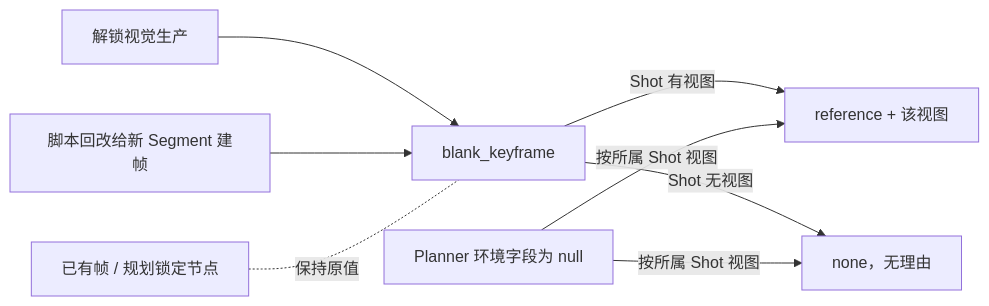
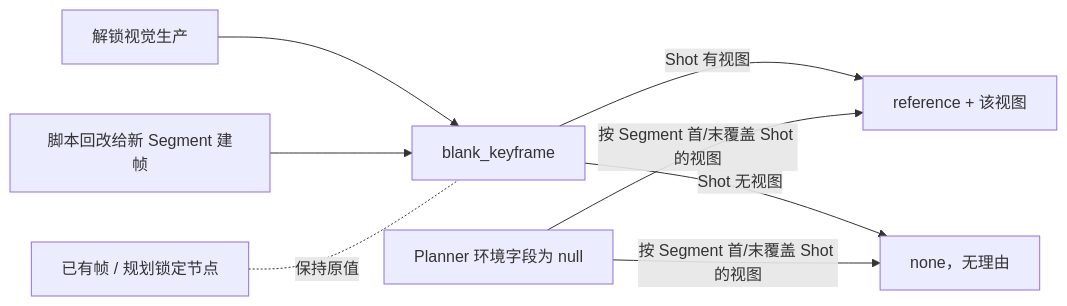
Before and after one commit to LJXLJXLJX/StoryRail: the third of 3 diagrams in core/structured_director/README.md, drawn with Mermaid. The commit also changed other lines of this file and 42 other files, not shown here.

````diff
--- a/core/structured_director/README.md
+++ b/core/structured_director/README.md
@@ -140,9 +138,9 @@
 ```mermaid
 flowchart LR
   U[解锁视觉生产] --> B[blank_keyframe]
   R[脚本回改给新 Segment 建帧] --> B
   B -->|Shot 有视图| E[reference + 该视图]
   B -->|Shot 无视图| N[none，无理由]
-  P[Planner 环境字段为 null] -->|按所属 Shot 视图| E & N
+  P[Planner 环境字段为 null] -->|按 Segment 首/末覆盖 Shot 的视图| E & N
   X[已有帧 / 规划锁定节点] -.保持原值.- B
 ```
````
